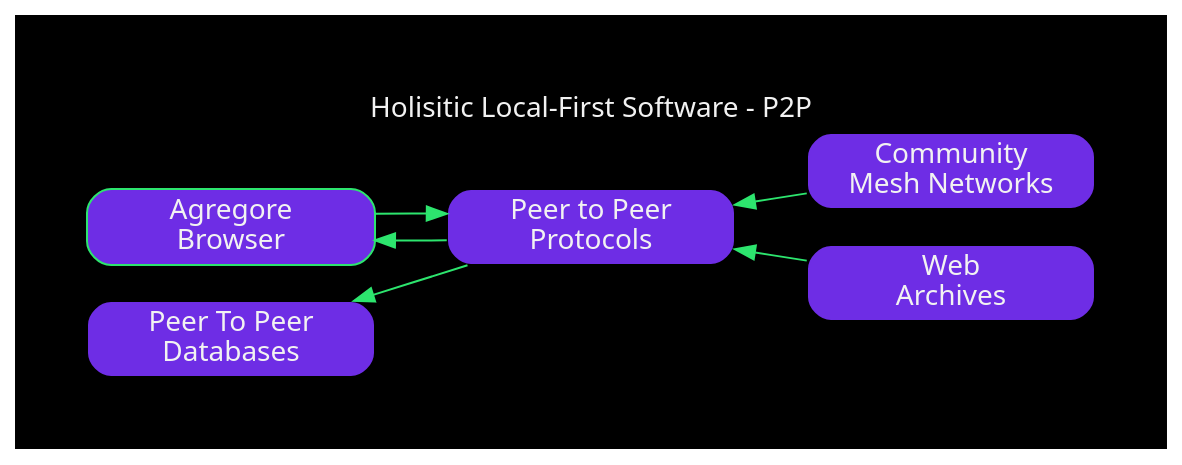
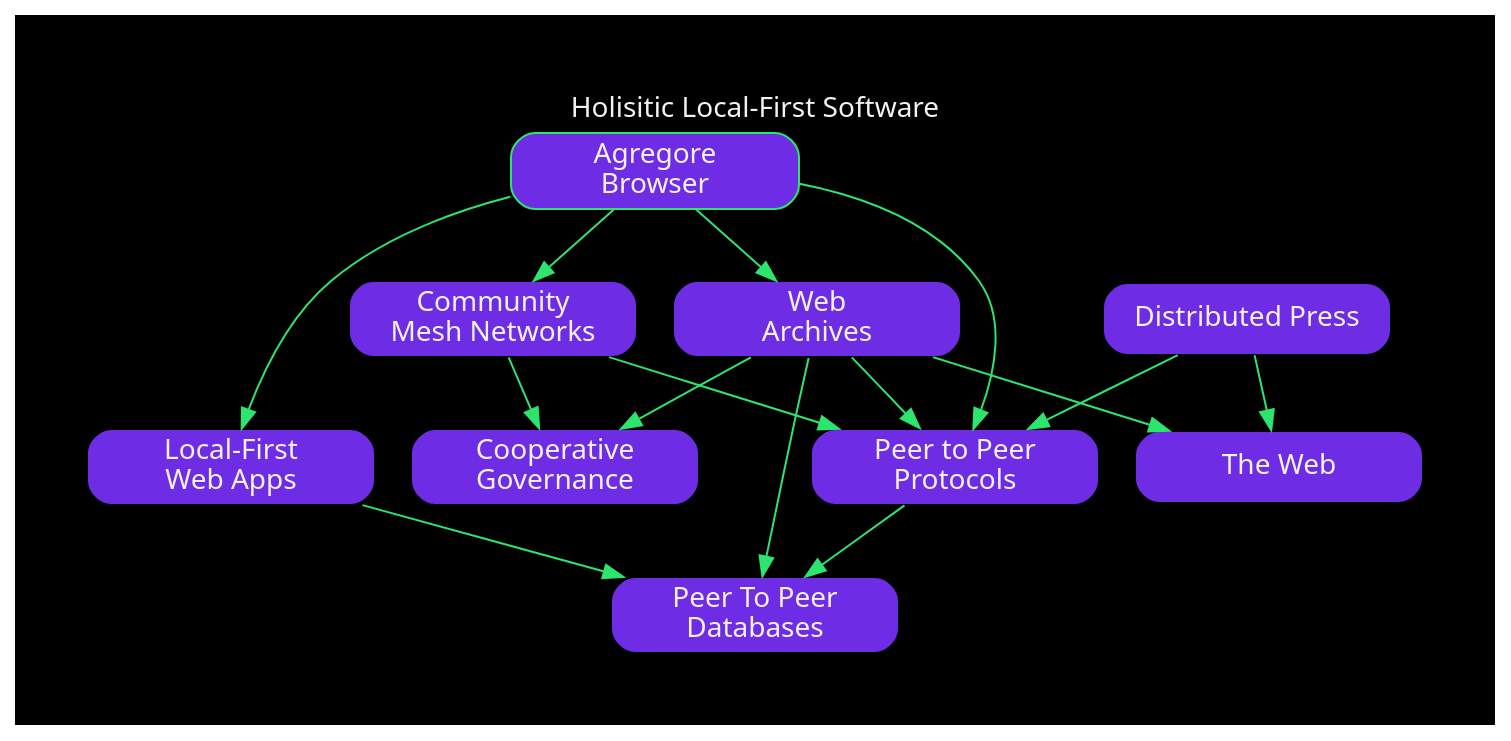
The second of 8 diagrams in slides/holistic-local-first/README.md (RangerMauve/blog.mauve.moe), drawn with Graphviz before and after one commit. The commit also changed other lines of this file and 5 other files, not shown here.

````diff
--- a/slides/holistic-local-first/README.md
+++ b/slides/holistic-local-first/README.md
@@ -90,37 +95,55 @@
 ```dot
 digraph {
-  label="Holisitic Local-First Software - P2P"
+  label="Holisitic Local-First Software"
   labelloc=t
-  rankdir=RL
+  rankdir=TD
   bgcolor="#111"
   fontname="system-ui"
   fontcolor="#F2F2F2"
   pad=0.5
   node [
     shape=rect
     style="filled,rounded"
     fillcolor="#6e2de5"
     fontcolor="#F2F2F2"
     fontname="System-UI"
     width=2
   ]
   edge [color="#2de56e"]
 
-  p2p [label="Peer to Peer\nProtocols"]
   agregore [
     label="Agregore\nBrowser"
     color="#2de56e"
   ]
   mesh [label="Community\nMesh Networks"]
+  p2p [label="Peer to Peer\nProtocols"]
   archive [label="Web\nArchives"]
   db [label="Peer To Peer\nDatabases"]
+  apps [label="Local-First\nWeb Apps"]
+  gov [label="Cooperative\nGovernance"]
+  press [label="Distributed Press"]
+  web [label="The Web"]
 
-  p2p -> agregore
   agregore -> p2p
 
+  press -> p2p
+  press -> web
+
   p2p -> db
+  apps -> db
+  archive -> db
+
+  agregore -> apps
+
+  # archive -> agregore
+  archive -> web
+  agregore -> archive
   archive -> p2p
 
   mesh -> p2p
+  agregore -> mesh
+
+  mesh -> gov
+  archive -> gov
 }
 ```
````
